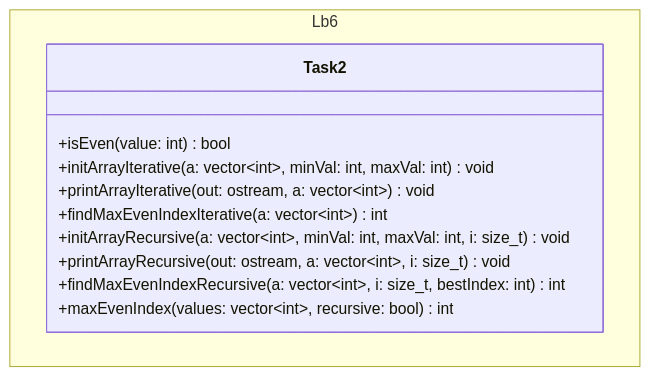
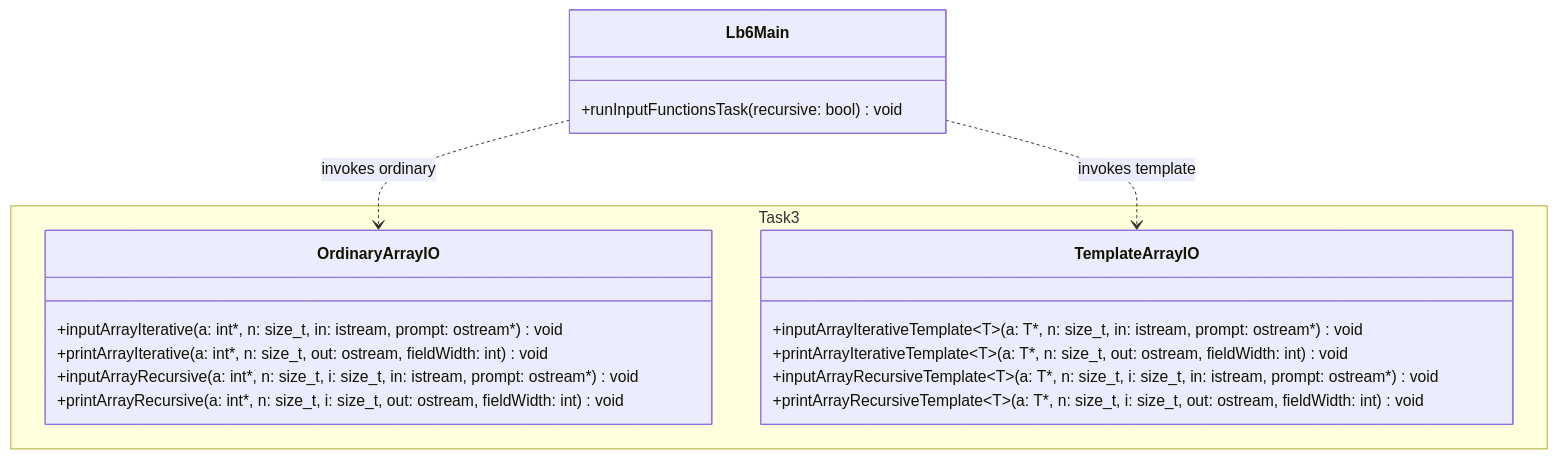
One commit to lviv-polytech/alg-cpp-labs changed the third of 3 diagrams in Lb6/README.md. Above: the diagram before and after it, drawn with Mermaid. The commit also changed other lines of this file and 5 other files, not shown here.

Commit message:
feat(lab-06): implement task 6.3 array input and format printing via ordinary and template functions

````diff
--- a/Lb6/README.md
+++ b/Lb6/README.md
@@ -88,15 +110,25 @@
 ```mermaid
 classDiagram
-    namespace Lb6 {
-        class Task2 {
-            +isEven(value: int) bool
-            +initArrayIterative(a: vector~int~, minVal: int, maxVal: int) void
-            +printArrayIterative(out: ostream, a: vector~int~) void
-            +findMaxEvenIndexIterative(a: vector~int~) int
-            +initArrayRecursive(a: vector~int~, minVal: int, maxVal: int, i: size_t) void
-            +printArrayRecursive(out: ostream, a: vector~int~, i: size_t) void
-            +findMaxEvenIndexRecursive(a: vector~int~, i: size_t, bestIndex: int) int
-            +maxEvenIndex(values: vector~int~, recursive: bool) int
+    namespace Task3 {
+        class OrdinaryArrayIO {
+            +inputArrayIterative(a: int*, n: size_t, in: istream, prompt: ostream*) void
+            +printArrayIterative(a: int*, n: size_t, out: ostream, fieldWidth: int) void
+            +inputArrayRecursive(a: int*, n: size_t, i: size_t, in: istream, prompt: ostream*) void
+            +printArrayRecursive(a: int*, n: size_t, i: size_t, out: ostream, fieldWidth: int) void
+        }
+
+        class TemplateArrayIO {
+            +inputArrayIterativeTemplate~T~(a: T*, n: size_t, in: istream, prompt: ostream*) void
+            +printArrayIterativeTemplate~T~(a: T*, n: size_t, out: ostream, fieldWidth: int) void
+            +inputArrayRecursiveTemplate~T~(a: T*, n: size_t, i: size_t, in: istream, prompt: ostream*) void
+            +printArrayRecursiveTemplate~T~(a: T*, n: size_t, i: size_t, out: ostream, fieldWidth: int) void
         }
     }
+
+    class Lb6Main {
+        +runInputFunctionsTask(recursive: bool) void
+    }
+
+    Lb6Main ..> OrdinaryArrayIO : invokes ordinary
+    Lb6Main ..> TemplateArrayIO : invokes template
 ```
````
